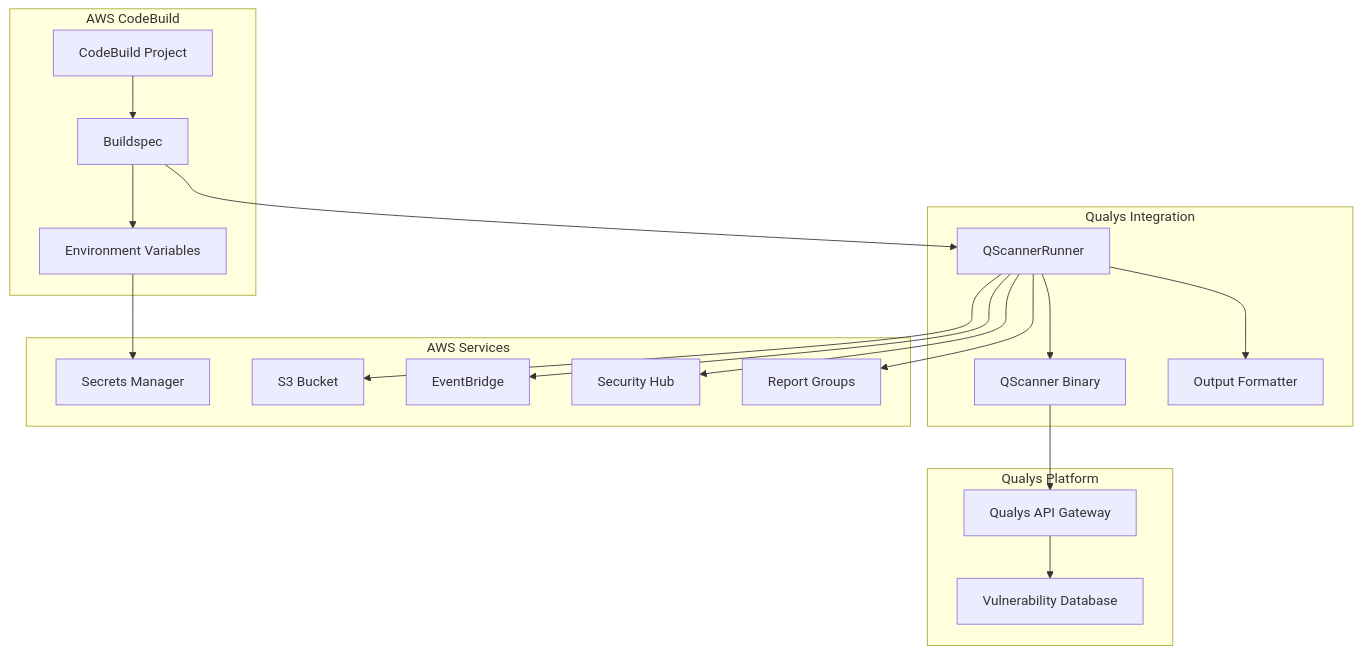
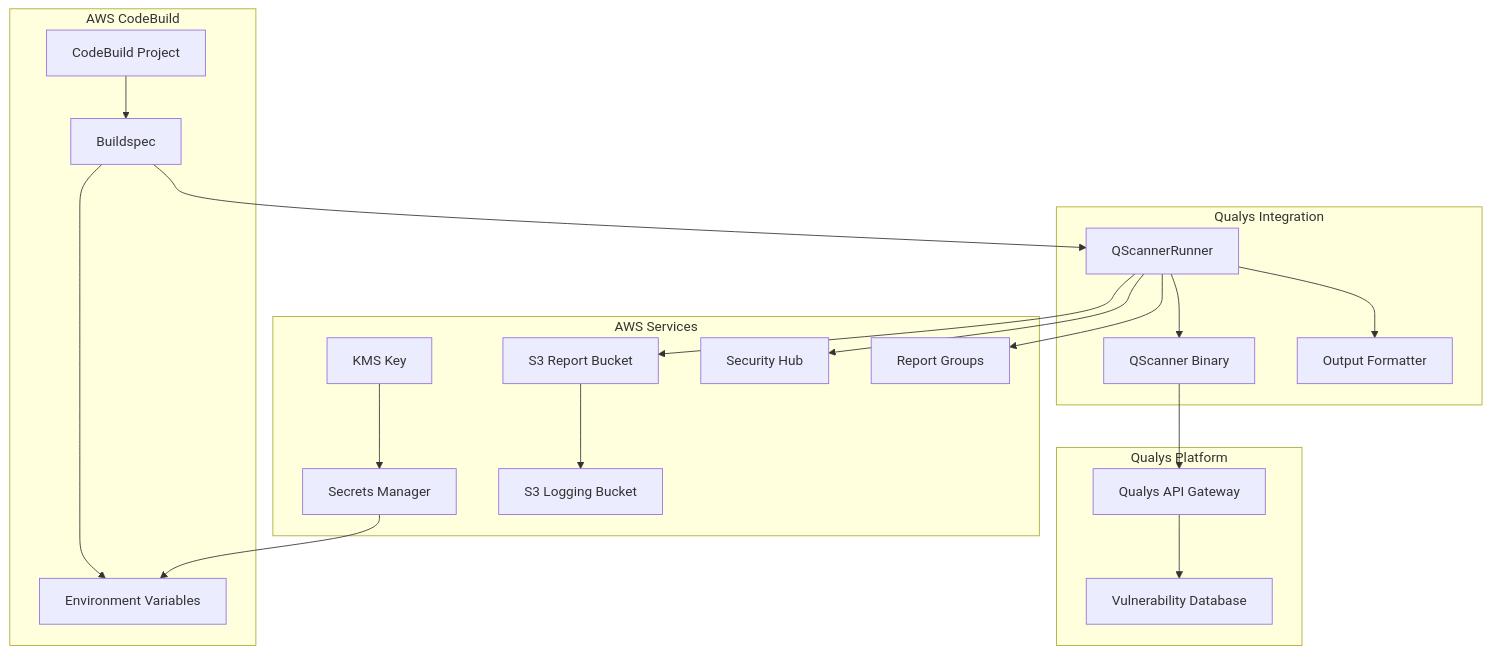
One commit to nelssec/qualys-codebuild changed the first of 16 diagrams in docs/technical-architecture.md. Above: the diagram before and after it, drawn with Mermaid. The commit also changed other lines of this file and 5 other files, not shown here.

````diff
--- a/docs/technical-architecture.md
+++ b/docs/technical-architecture.md
@@ -9,40 +7,42 @@
 ```mermaid
 graph TB
     subgraph "AWS CodeBuild"
         CB[CodeBuild Project]
         BP[Buildspec]
         ENV[Environment Variables]
     end
 
     subgraph "Qualys Integration"
         QS[QScanner Binary]
         QR[QScannerRunner]
         FMT[Output Formatter]
     end
 
     subgraph "AWS Services"
+        KMS[KMS Key]
         SM[Secrets Manager]
-        S3[S3 Bucket]
-        EB[EventBridge]
+        S3[S3 Report Bucket]
+        S3L[S3 Logging Bucket]
         SH[Security Hub]
         RG[Report Groups]
     end
 
     subgraph "Qualys Platform"
         QP[Qualys API Gateway]
         QDB[Vulnerability Database]
     end
 
     CB --> BP
     BP --> ENV
-    ENV --> SM
+    KMS --> SM
+    SM --> ENV
     BP --> QR
     QR --> QS
     QR --> FMT
     QS --> QP
     QP --> QDB
     QR --> S3
-    QR --> EB
+    S3 --> S3L
     QR --> SH
     QR --> RG
 ```
````
